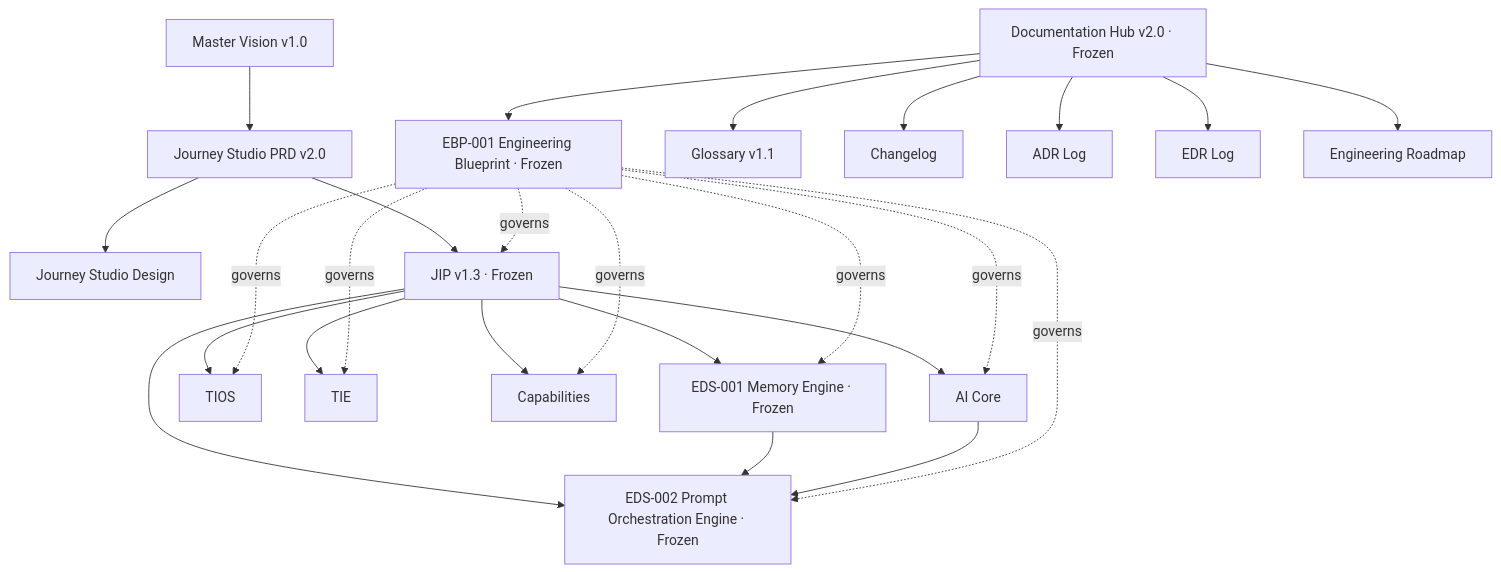
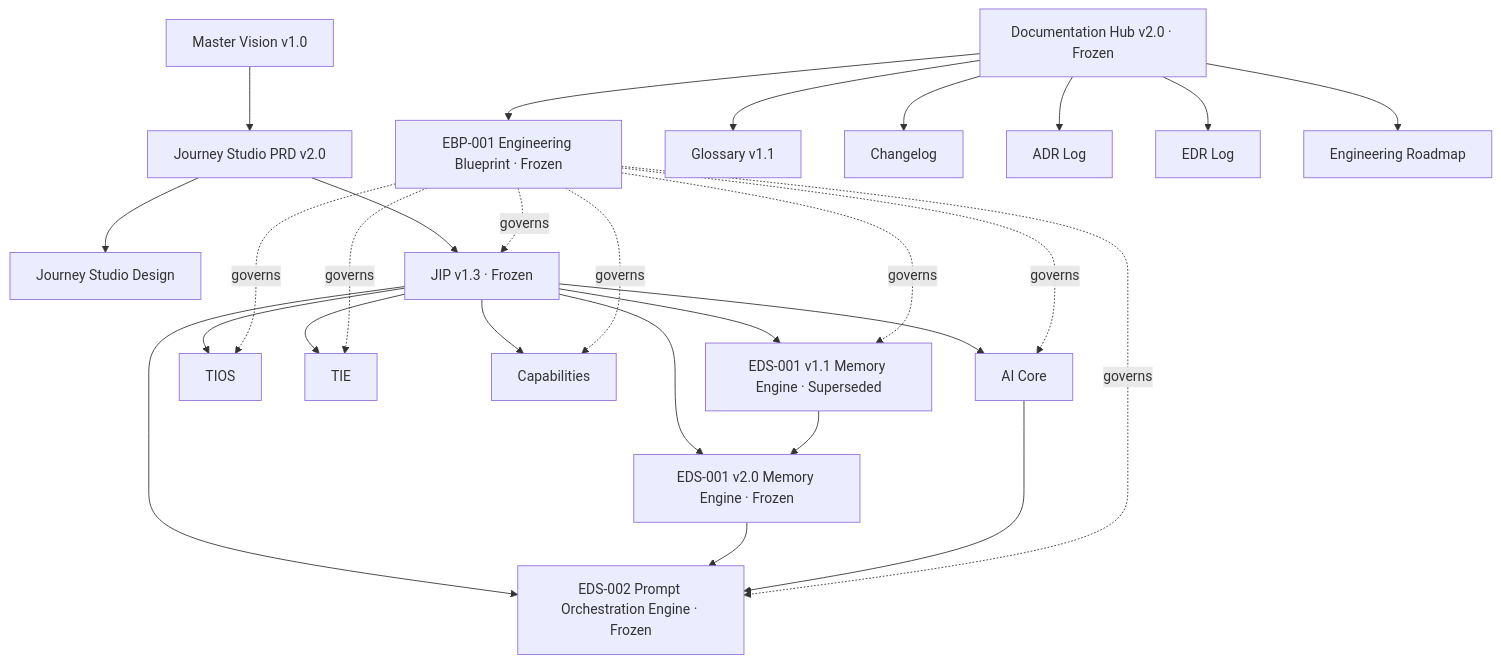
One commit to gulshanverse/easy-travel changed the diagram in docs/Knowledge_Graph.mmd. Above: the diagram before and after it, drawn with Mermaid. The commit also changed 3 other files, not shown here.

```diff
--- a/docs/Knowledge_Graph.mmd
+++ b/docs/Knowledge_Graph.mmd
@@ -1,45 +1,48 @@
 graph TD
   Vision[Master Vision v1.0]
   PRD[Journey Studio PRD v2.0]
   UX[Journey Studio Design]
   JIP[JIP v1.3 · Frozen]
   AICore[AI Core]
   TIOS[TIOS]
   TIE[TIE]
   CAPS[Capabilities]
-  EDS001[EDS-001 Memory Engine · Frozen]
+  EDS001[EDS-001 v1.1 Memory Engine · Superseded]
+  EDS001v2[EDS-001 v2.0 Memory Engine · Frozen]
   EDS002[EDS-002 Prompt Orchestration Engine · Frozen]
   HUB[Documentation Hub v2.0 · Frozen]
   EBP[EBP-001 Engineering Blueprint · Frozen]
   GLOSS[Glossary v1.1]
   CHG[Changelog]
   ADR[ADR Log]
   EDR[EDR Log]
   ROAD[Engineering Roadmap]
 
   Vision --> PRD
   PRD --> UX
   PRD --> JIP
   JIP --> AICore
   JIP --> TIOS
   JIP --> TIE
   JIP --> CAPS
   JIP --> EDS001
+  JIP --> EDS001v2
   JIP --> EDS002
-  EDS001 --> EDS002
+  EDS001 --> EDS001v2
+  EDS001v2 --> EDS002
   AICore --> EDS002
 
   HUB --> GLOSS
   HUB --> CHG
   HUB --> ADR
   HUB --> EDR
   HUB --> ROAD
   HUB --> EBP
 
   EBP -. governs .-> JIP
   EBP -. governs .-> EDS001
   EBP -. governs .-> EDS002
   EBP -. governs .-> CAPS
   EBP -. governs .-> AICore
   EBP -. governs .-> TIOS
   EBP -. governs .-> TIE
```
